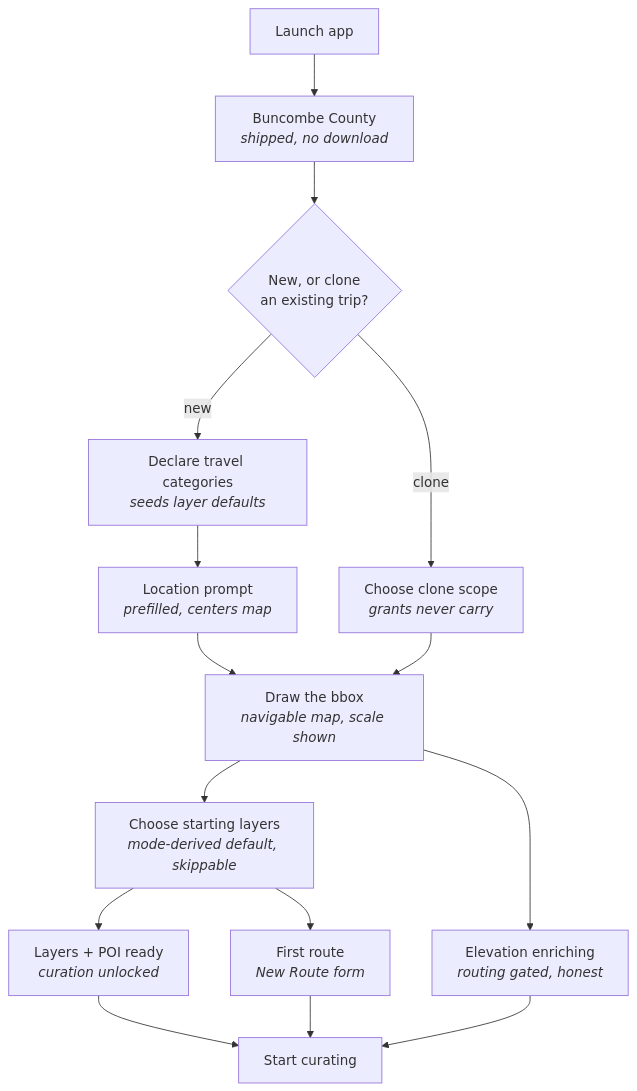
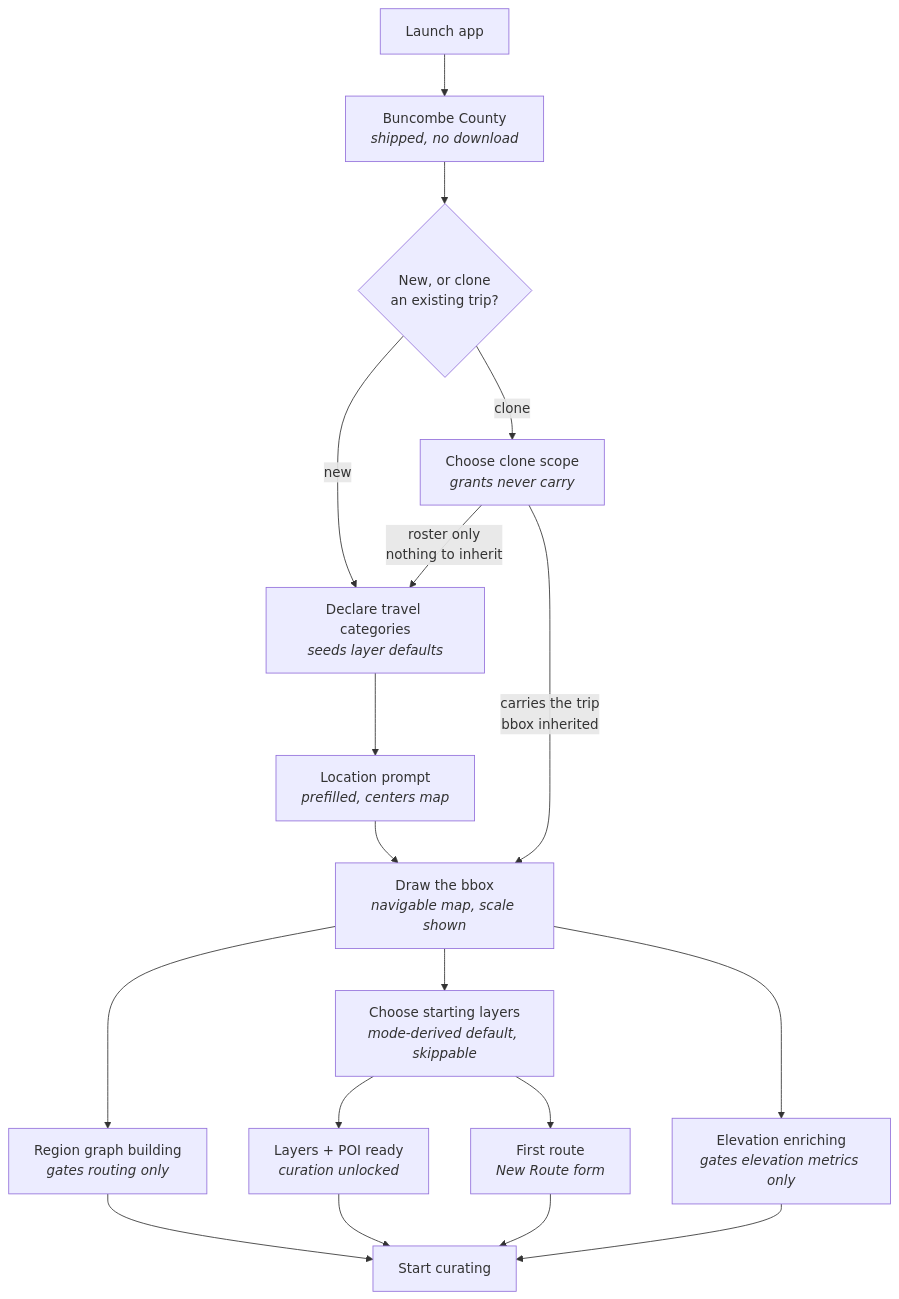
One commit to gnfrazier/plotlines changed the first of 10 diagrams in docs/Plotlines_Author_Flows_MVP.md. Above: the diagram before and after it, drawn with Mermaid. The commit also changed other lines of this file and 14 other files, not shown here.

````diff
--- a/docs/Plotlines_Author_Flows_MVP.md
+++ b/docs/Plotlines_Author_Flows_MVP.md
@@ -17,17 +17,20 @@
 ```mermaid
 flowchart TD
     A[Launch app] --> B["Buncombe County<br/><i>shipped, no download</i>"]
     B --> C{New, or clone<br/>an existing trip?}
     C -->|new| M["Declare travel categories<br/><i>seeds layer defaults</i>"]
     C -->|clone| Z["Choose clone scope<br/><i>grants never carry</i>"]
+    Z -->|"roster only<br/>nothing to inherit"| M
     M --> D["Location prompt<br/><i>prefilled, centers map</i>"]
     D --> E["Draw the bbox<br/><i>navigable map, scale shown</i>"]
-    Z --> E
+    Z -->|"carries the trip<br/>bbox inherited"| E
     E --> L["Choose starting layers<br/><i>mode-derived default, skippable</i>"]
     L --> N["First route<br/><i>New Route form</i>"]
     L --> F["Layers + POI ready<br/><i>curation unlocked</i>"]
-    E --> G["Elevation enriching<br/><i>routing gated, honest</i>"]
+    E --> R["Region graph building<br/><i>gates routing only</i>"]
+    E --> G["Elevation enriching<br/><i>gates elevation metrics only</i>"]
+    R --> H
     F --> H[Start curating]
     N --> H
     G --> H
 ```
````
